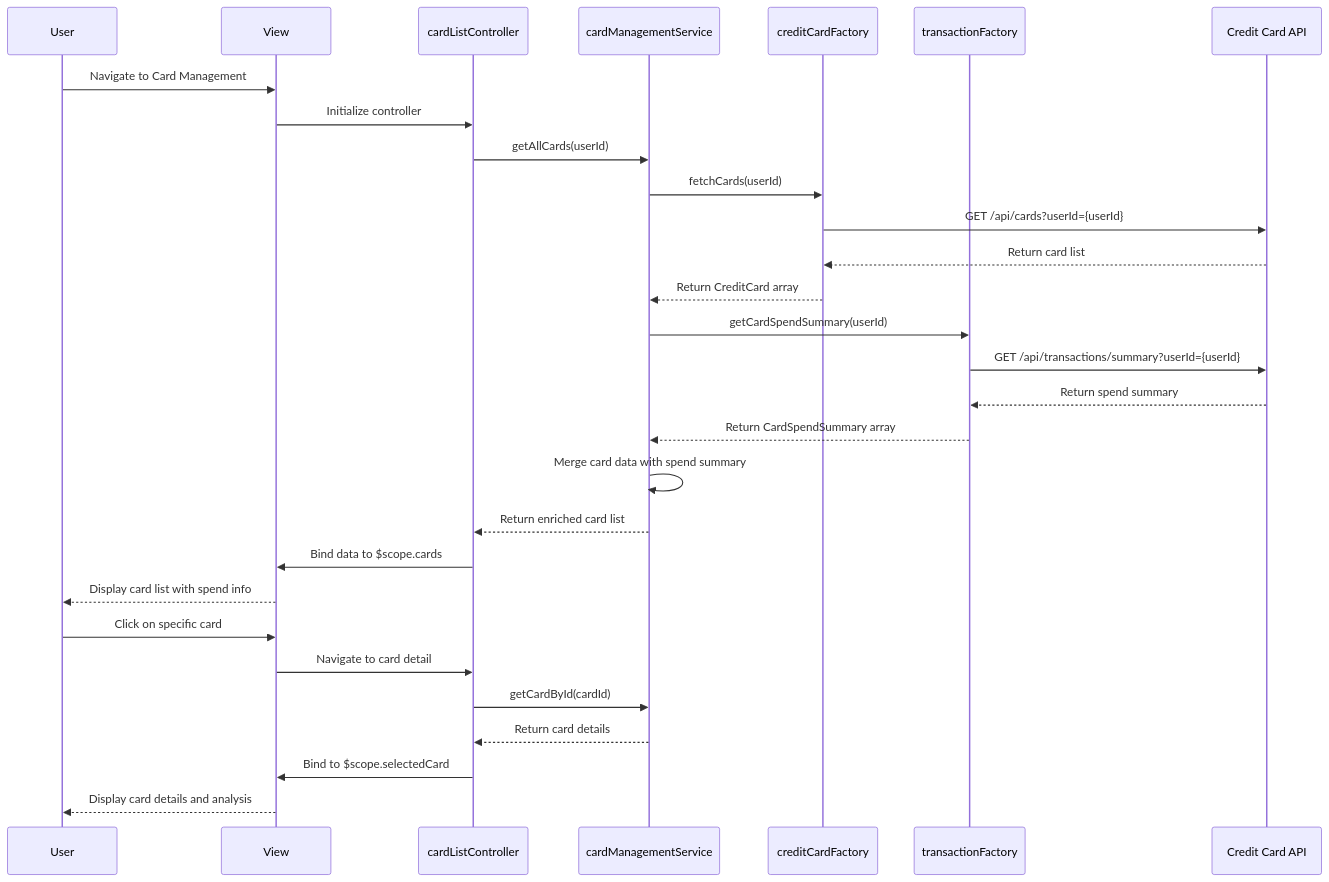
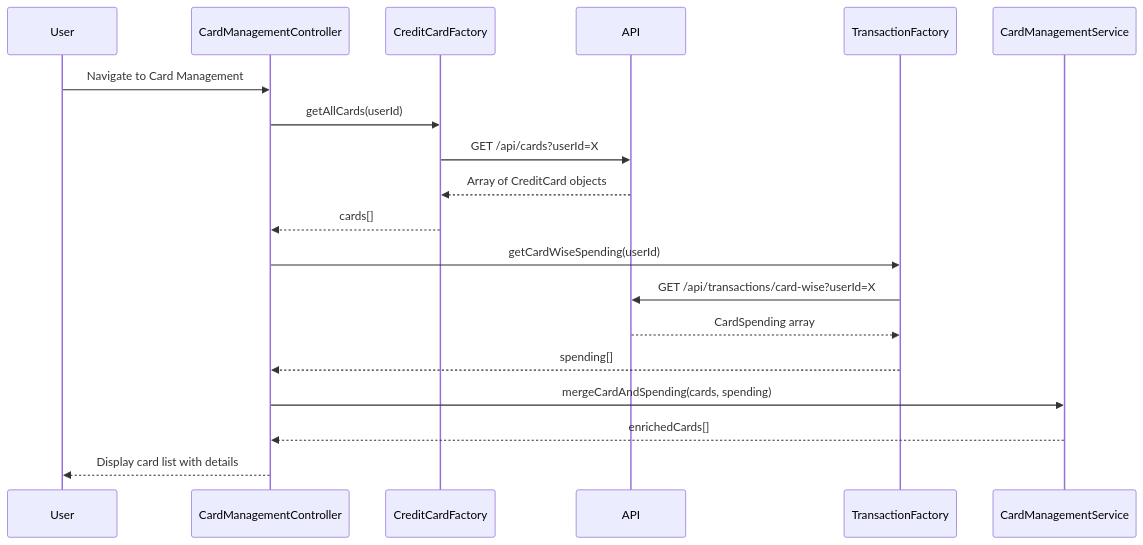
One commit to AAVA-Demo/APB_Demo changed the diagram in LLD/QE-7745_LLD.md. Above: the diagram before and after it, drawn with Mermaid. The commit also changed other lines of this file and 5 other files, not shown here.

````diff
--- a/LLD/QE-7745_LLD.md
+++ b/LLD/QE-7745_LLD.md
@@ -78,32 +70,22 @@
 ```mermaid
 sequenceDiagram
     participant User
-    participant View
-    participant Controller as cardListController
-    participant Service as cardManagementService
-    participant CardFactory as creditCardFactory
-    participant TxnFactory as transactionFactory
-    participant API as Credit Card API
-    
-    User->>View: Navigate to Card Management
-    View->>Controller: Initialize controller
-    Controller->>Service: getAllCards(userId)
-    Service->>CardFactory: fetchCards(userId)
-    CardFactory->>API: GET /api/cards?userId={userId}
-    API-->>CardFactory: Return card list
-    CardFactory-->>Service: Return CreditCard array
-    Service->>TxnFactory: getCardSpendSummary(userId)
-    TxnFactory->>API: GET /api/transactions/summary?userId={userId}
-    API-->>TxnFactory: Return spend summary
-    TxnFactory-->>Service: Return CardSpendSummary array
-    Service->>Service: Merge card data with spend summary
-    Service-->>Controller: Return enriched card list
-    Controller->>View: Bind data to $scope.cards
-    View-->>User: Display card list with spend info
-    User->>View: Click on specific card
-    View->>Controller: Navigate to card detail
-    Controller->>Service: getCardById(cardId)
-    Service-->>Controller: Return card details
-    Controller->>View: Bind to $scope.selectedCard
-    View-->>User: Display card details and analysis
+    participant CardManagementController
+    participant CreditCardFactory
+    participant API
+    participant TransactionFactory
+    participant CardManagementService
+
+    User->>CardManagementController: Navigate to Card Management
+    CardManagementController->>CreditCardFactory: getAllCards(userId)
+    CreditCardFactory->>API: GET /api/cards?userId=X
+    API-->>CreditCardFactory: Array of CreditCard objects
+    CreditCardFactory-->>CardManagementController: cards[]
+    CardManagementController->>TransactionFactory: getCardWiseSpending(userId)
+    TransactionFactory->>API: GET /api/transactions/card-wise?userId=X
+    API-->>TransactionFactory: CardSpending array
+    TransactionFactory-->>CardManagementController: spending[]
+    CardManagementController->>CardManagementService: mergeCardAndSpending(cards, spending)
+    CardManagementService-->>CardManagementController: enrichedCards[]
+    CardManagementController-->>User: Display card list with details
 ```
````
